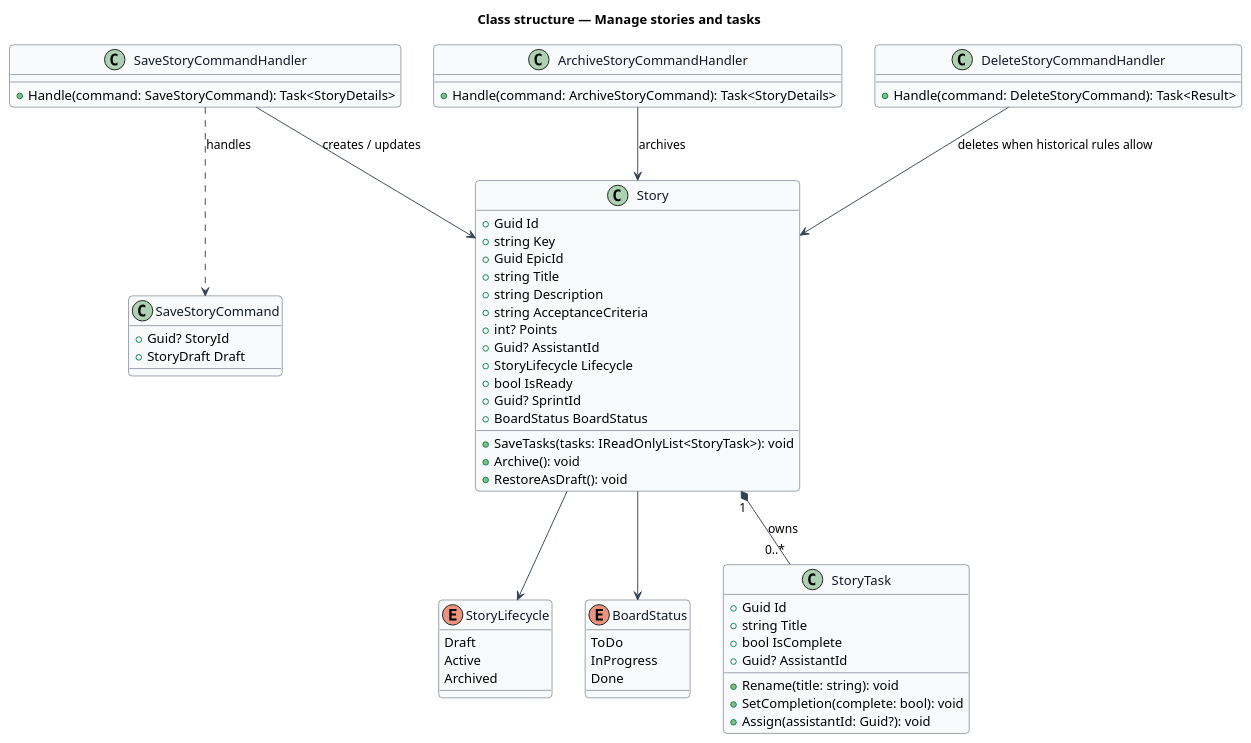
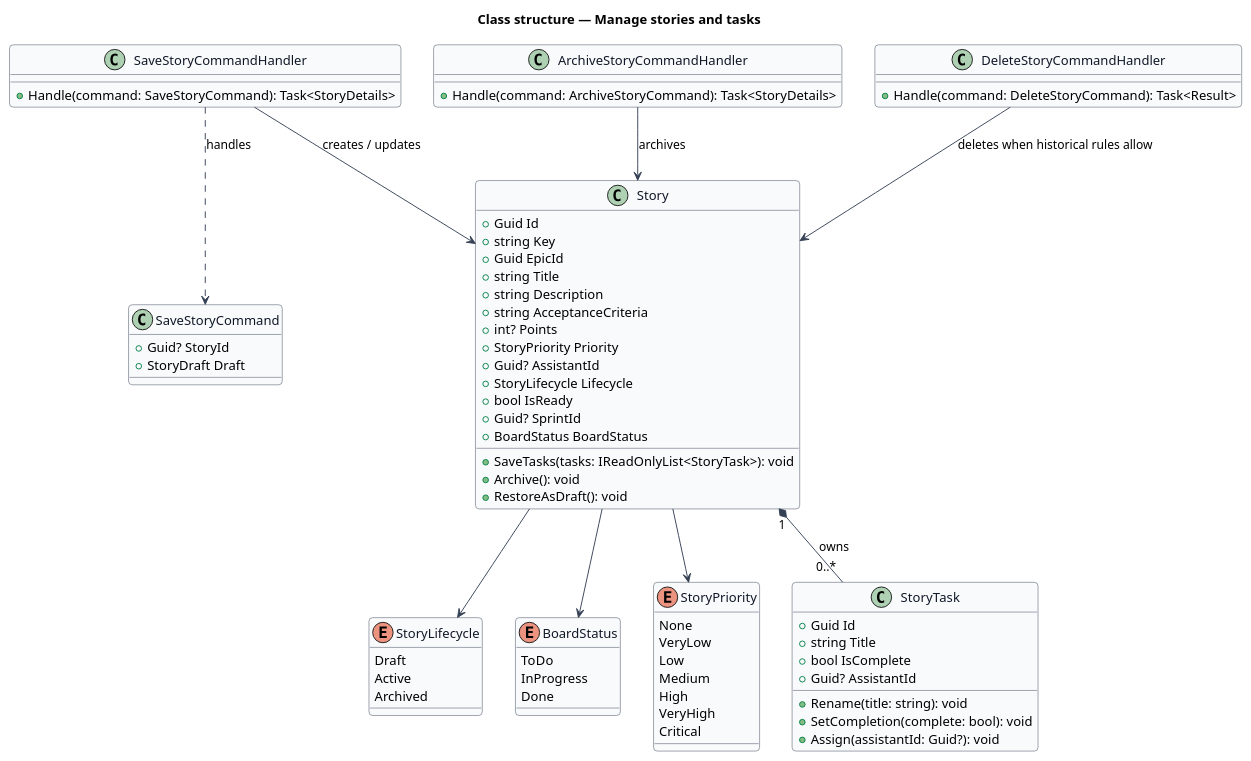
Before and after one commit to QuinntyneBrown/quinntyne-brown-consulting: the diagram in docs/detailed-designs/work-items/manage-stories-and-tasks/diagrams/class-structure.puml, drawn with PlantUML. The commit also changed 27 other files, not shown here.

```diff
--- a/docs/detailed-designs/work-items/manage-stories-and-tasks/diagrams/class-structure.puml
+++ b/docs/detailed-designs/work-items/manage-stories-and-tasks/diagrams/class-structure.puml
@@ -1,78 +1,90 @@
 @startuml
 skinparam backgroundColor #FFFFFF
 skinparam shadowing false
 skinparam roundcorner 8
 skinparam defaultFontName Arial
 skinparam ArrowColor #344054
 skinparam class {
   BorderColor #344054
   FontColor #101828
   BackgroundColor #F9FAFB
 }
 title Class structure — Manage stories and tasks
 
 enum StoryLifecycle {
   Draft
   Active
   Archived
 }
 
 enum BoardStatus {
   ToDo
   InProgress
   Done
 }
 
+enum StoryPriority {
+  None
+  VeryLow
+  Low
+  Medium
+  High
+  VeryHigh
+  Critical
+}
+
 class Story {
   +Guid Id
   +string Key
   +Guid EpicId
   +string Title
   +string Description
   +string AcceptanceCriteria
   +int? Points
+  +StoryPriority Priority
   +Guid? AssistantId
   +StoryLifecycle Lifecycle
   +bool IsReady
   +Guid? SprintId
   +BoardStatus BoardStatus
   +SaveTasks(tasks: IReadOnlyList<StoryTask>): void
   +Archive(): void
   +RestoreAsDraft(): void
 }
 
 class StoryTask {
   +Guid Id
   +string Title
   +bool IsComplete
   +Guid? AssistantId
   +Rename(title: string): void
   +SetCompletion(complete: bool): void
   +Assign(assistantId: Guid?): void
 }
 
 class SaveStoryCommand {
   +Guid? StoryId
   +StoryDraft Draft
 }
 
 class SaveStoryCommandHandler {
   +Handle(command: SaveStoryCommand): Task<StoryDetails>
 }
 
 class ArchiveStoryCommandHandler {
   +Handle(command: ArchiveStoryCommand): Task<StoryDetails>
 }
 
 class DeleteStoryCommandHandler {
   +Handle(command: DeleteStoryCommand): Task<Result>
 }
 
 Story "1" *-- "0..*" StoryTask : owns
 Story --> StoryLifecycle
 Story --> BoardStatus
 SaveStoryCommandHandler ..> SaveStoryCommand : handles
 SaveStoryCommandHandler --> Story : creates / updates
 ArchiveStoryCommandHandler --> Story : archives
 DeleteStoryCommandHandler --> Story : deletes when historical rules allow
+Story --> StoryPriority
 @enduml
```
